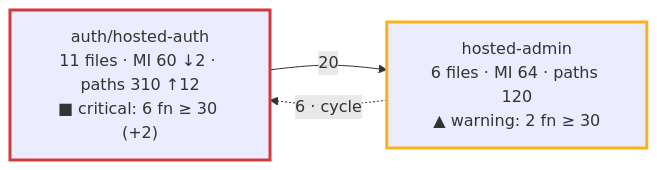
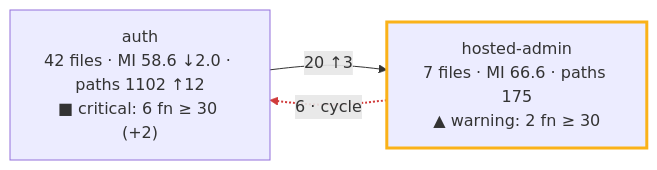
The diagram in docs/implementation/architecture-evolution-plan.md (tomer-mayara/Thermus), drawn with Mermaid before and after one commit. The commit also changed other lines of this file and 28 other files, not shown here.

First line of the commit message:
T3: the architecture delta of src/ (#163)

````diff
--- a/docs/implementation/architecture-evolution-plan.md
+++ b/docs/implementation/architecture-evolution-plan.md
@@ -196,11 +196,13 @@
 ```mermaid
 flowchart LR
-  auth["auth/hosted-auth<br/>11 files · MI 60 ↓2 · paths 310 ↑12<br/>■ critical: 6 fn ≥ 30 (+2)"]
-  admin["hosted-admin<br/>6 files · MI 64 · paths 120<br/>▲ warning: 2 fn ≥ 30"]
-  auth -- "20" --> admin
-  admin -. "6 · cycle" .-> auth
+  c_auth["auth<br/>42 files · MI 58.6 ↓2.0 · paths 1102 ↑12<br/>■ critical: 6 fn ≥ 30 (+2)"]
+  c_hosted_admin["hosted-admin<br/>7 files · MI 66.6 · paths 175<br/>▲ warning: 2 fn ≥ 30"]
+  c_auth -- "20 ↑3" --> c_hosted_admin
+  c_hosted_admin -. "6 · cycle" .-> c_auth
+  linkStyle 1 stroke:#d03b3b,stroke-width:2px
+  classDef touched stroke-width:3px
   classDef critical stroke:#d03b3b,stroke-width:3px
   classDef warning stroke:#fab219,stroke-width:3px
-  class auth critical
-  class admin warning
+  class c_auth touched,critical
+  class c_hosted_admin warning
 ```
````
